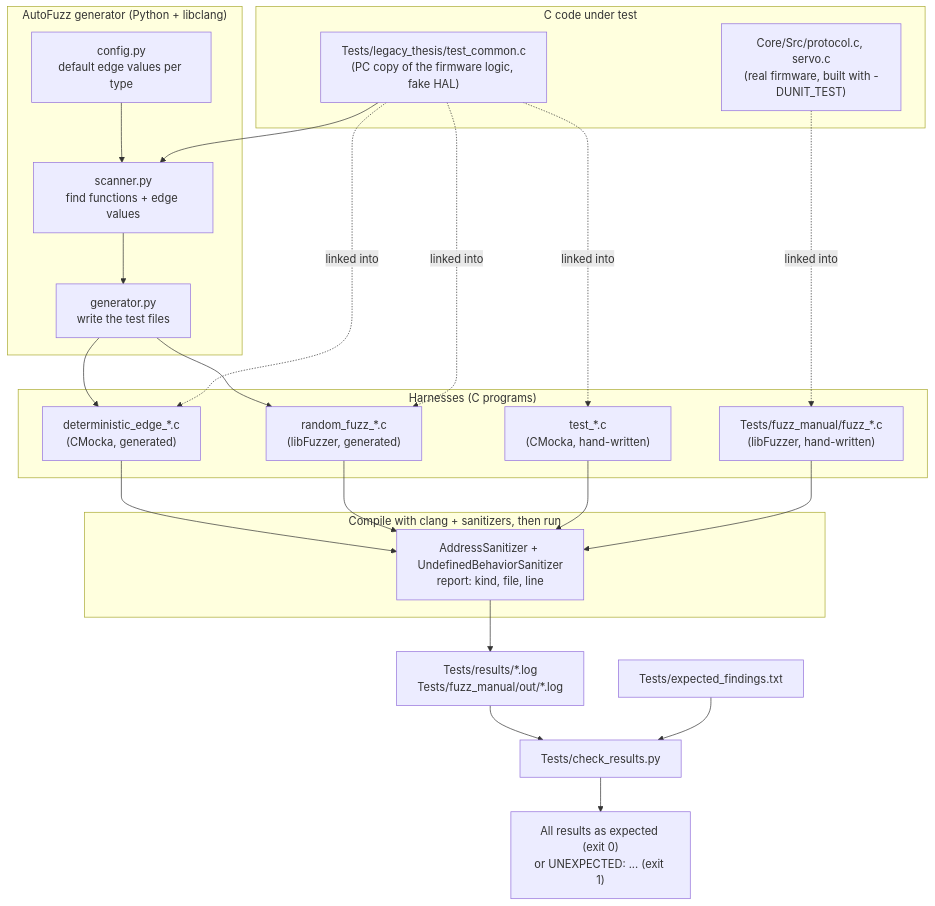
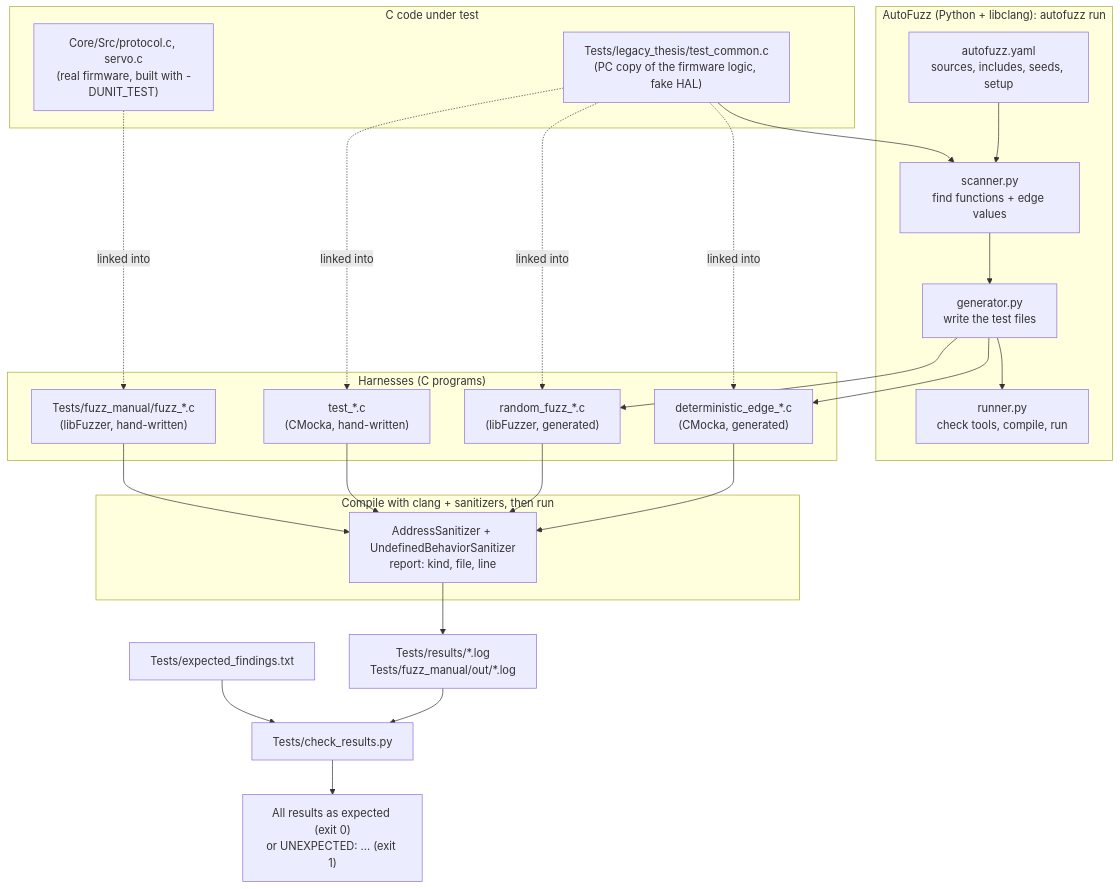
The diagram in docs/ARCHITECTURE.md (ChrisDaskalos/Autofuzz_Framework), drawn with Mermaid before and after one commit. The commit also changed other lines of this file and 8 other files, not shown here.

First line of the commit message:
Docs for the autofuzz command and autofuzz.yaml; tick M3

````diff
--- a/docs/ARCHITECTURE.md
+++ b/docs/ARCHITECTURE.md
@@ -9,44 +9,45 @@
 ```mermaid
 flowchart TD
     subgraph SRC["C code under test"]
         COPY["Tests/legacy_thesis/test_common.c<br/>(PC copy of the firmware logic, fake HAL)"]
         REAL["Core/Src/protocol.c, servo.c<br/>(real firmware, built with -DUNIT_TEST)"]
     end
 
-    subgraph GEN["AutoFuzz generator (Python + libclang)"]
+    subgraph GEN["AutoFuzz (Python + libclang): autofuzz run"]
+        YAML["autofuzz.yaml<br/>sources, includes, seeds, setup"]
         SCAN["scanner.py<br/>find functions + edge values"]
-        CFG["config.py<br/>default edge values per type"]
         GENPY["generator.py<br/>write the test files"]
-        CFG --> SCAN --> GENPY
+        RUNPY["runner.py<br/>check tools, compile, run"]
+        YAML --> SCAN --> GENPY --> RUNPY
     end
 
     subgraph HARN["Harnesses (C programs)"]
         EDGE["deterministic_edge_*.c<br/>(CMocka, generated)"]
         RAND["random_fuzz_*.c<br/>(libFuzzer, generated)"]
         UNIT["test_*.c<br/>(CMocka, hand-written)"]
         MAN["Tests/fuzz_manual/fuzz_*.c<br/>(libFuzzer, hand-written)"]
     end
 
     COPY --> SCAN
     GENPY --> EDGE
     GENPY --> RAND
 
     COPY -. linked into .-> EDGE
     COPY -. linked into .-> RAND
     COPY -. linked into .-> UNIT
     REAL -. linked into .-> MAN
 
     subgraph RUN["Compile with clang + sanitizers, then run"]
         SAN["AddressSanitizer + UndefinedBehaviorSanitizer<br/>report: kind, file, line"]
     end
 
     EDGE --> SAN
     RAND --> SAN
     UNIT --> SAN
     MAN --> SAN
 
     SAN --> LOGS["Tests/results/*.log<br/>Tests/fuzz_manual/out/*.log"]
     LOGS --> CHECK["Tests/check_results.py"]
     EXP["Tests/expected_findings.txt"] --> CHECK
     CHECK --> OUT["All results as expected (exit 0)<br/>or UNEXPECTED: ... (exit 1)"]
 ```
````
